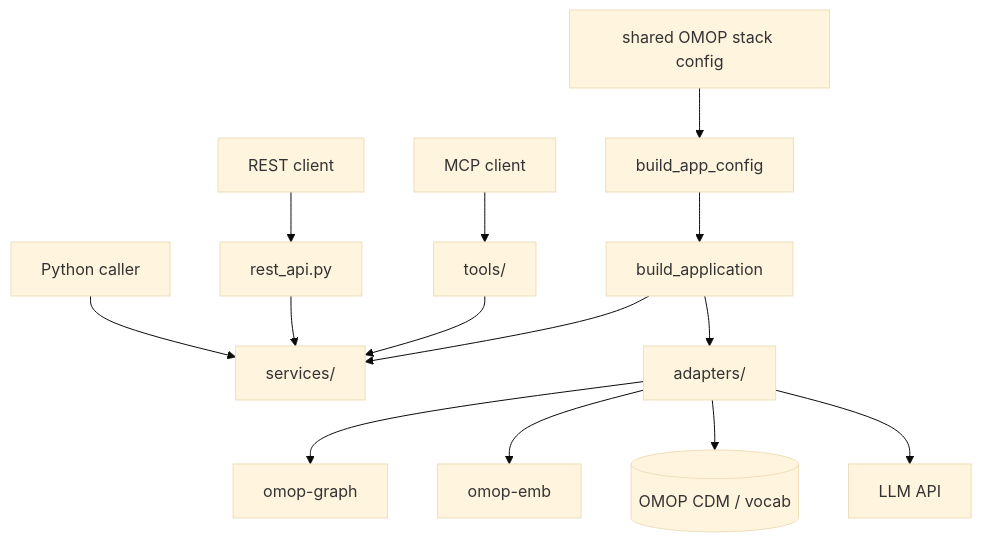
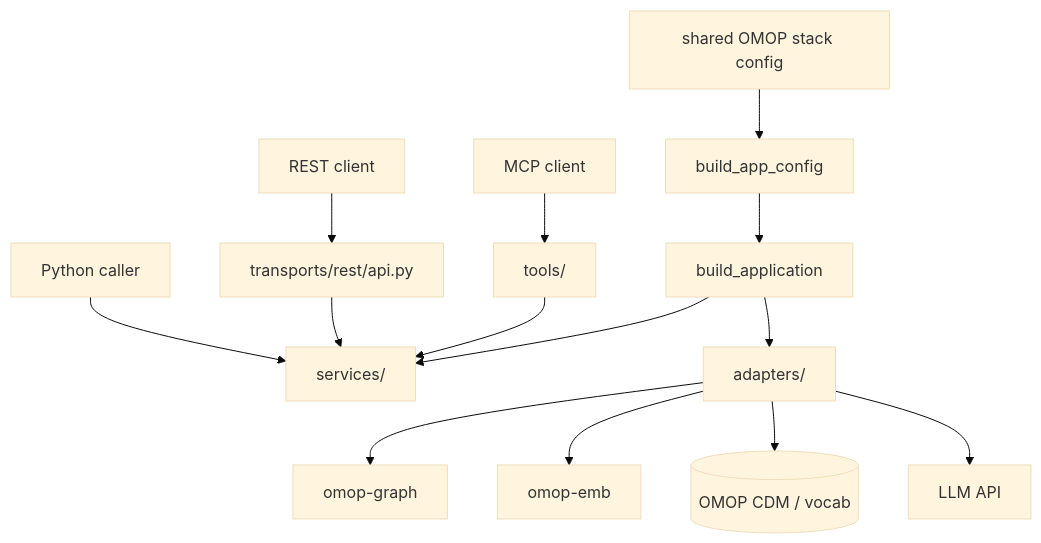
The diagram in docs/index.md (AustralianCancerDataNetwork/groundworkers), drawn with Mermaid (base theme) before and after one commit. The commit also changed 54 other files, not shown here.

````diff
--- a/docs/index.md
+++ b/docs/index.md
@@ -21,16 +21,16 @@
 ```mermaid
 flowchart TD
     STACK[shared OMOP stack config] --> BOOT[build_app_config]
     BOOT --> APP[build_application]
     APP --> S[services/]
     APP --> A[adapters/]
     MCP[MCP client] --> T[tools/]
     T --> S
-    REST[REST client] --> R[rest_api.py]
+    REST[REST client] --> R[transports/rest/api.py]
     R --> S
     PY[Python caller] --> S
     A --> OG[omop-graph]
     A --> OE[omop-emb]
     A --> DB[(OMOP CDM / vocab)]
     A --> LLM[LLM API]
 ```
````
